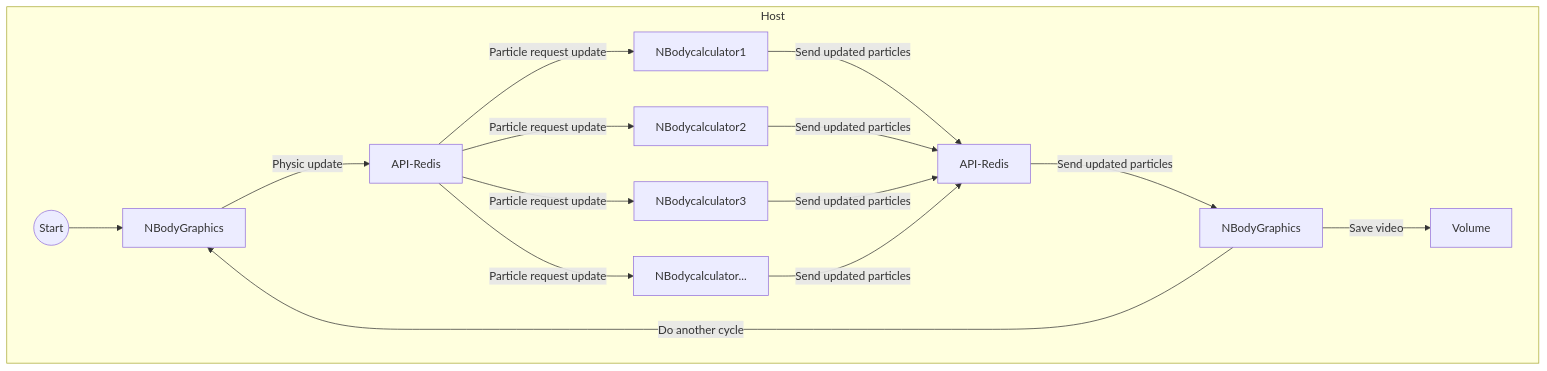
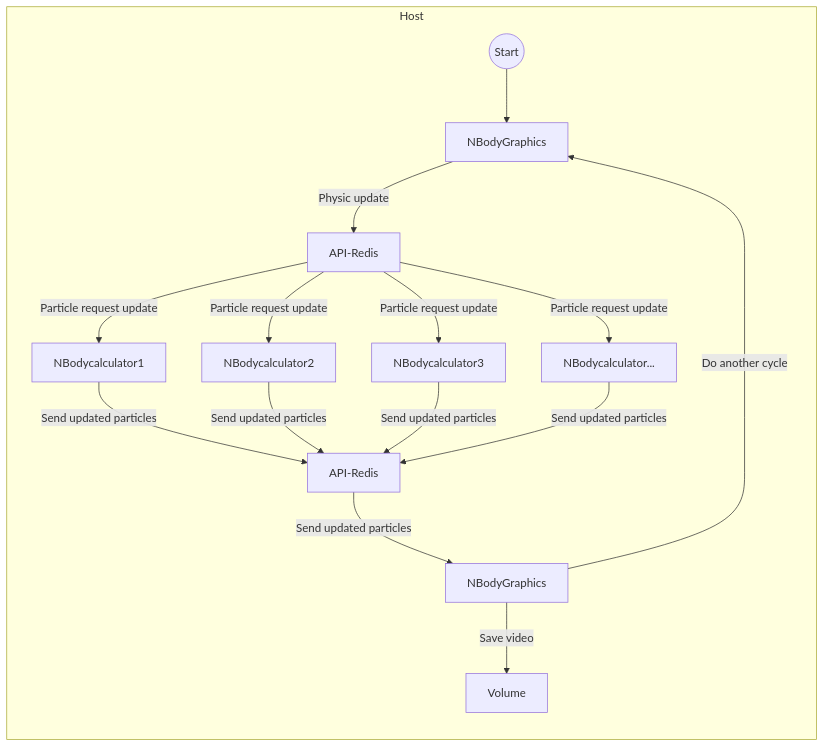
Before and after one commit to Im-Rises/nbody-simulator-docker: the second of 2 diagrams in README.md, drawn with Mermaid.

````diff
--- a/README.md
+++ b/README.md
@@ -114,24 +114,24 @@
 ```mermaid
-graph TB
+graph LR
     subgraph Host
     
     A((Start))
     B[NBodyGraphics]
     C[API-Redis]
     D[NBodycalculator1]
     E[NBodycalculator2]
     F[NBodycalculator3]
     G[NBodycalculator...]
     H[API-Redis]
     I[NBodyGraphics]
     J[Volume]
     
     A --> B
     B --> | Physic update | C
     C --> | Particle request update | D & E & F & G
     D & E & F & G --> | Send updated particles | H
     H --> | Send updated particles | I
     I --> | Do another cycle | B
     I --> | Save video | J
     end
 ```
````
